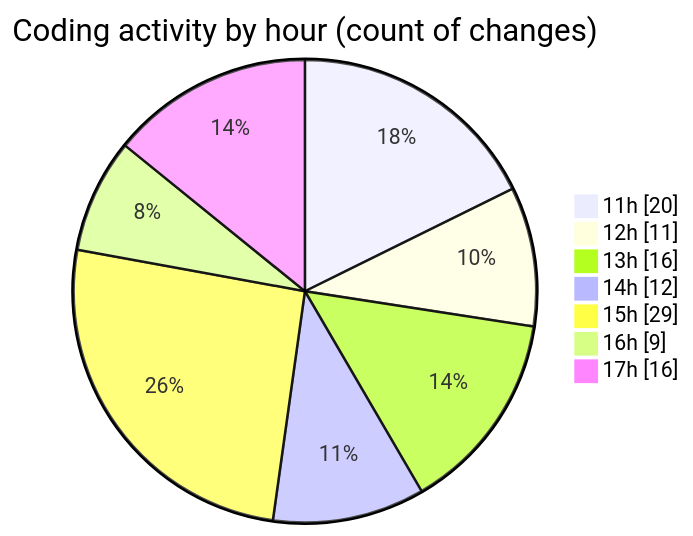
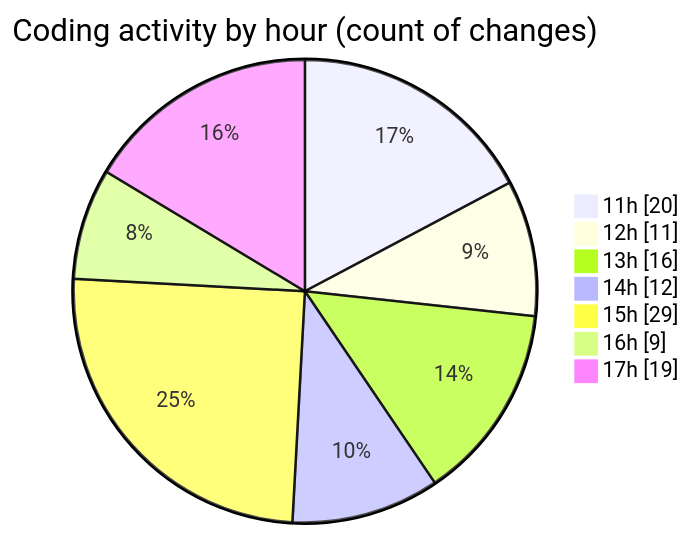
The second of 2 diagrams in 2025-09-24/nxtqube_webapp/README.md (nxtqubesakshisongat/code-tracking), drawn with Mermaid before and after one commit. The commit also changed other lines of this file and 1 other file, not shown here.

````diff
--- a/2025-09-24/nxtqube_webapp/README.md
+++ b/2025-09-24/nxtqube_webapp/README.md
@@ -32,11 +32,11 @@
 ```mermaid
 pie showData
 title Coding activity by hour (count of changes)
 "11h" : 20
 "12h" : 11
 "13h" : 16
 "14h" : 12
 "15h" : 29
 "16h" : 9
-"17h" : 16
+"17h" : 19
 ```
````
